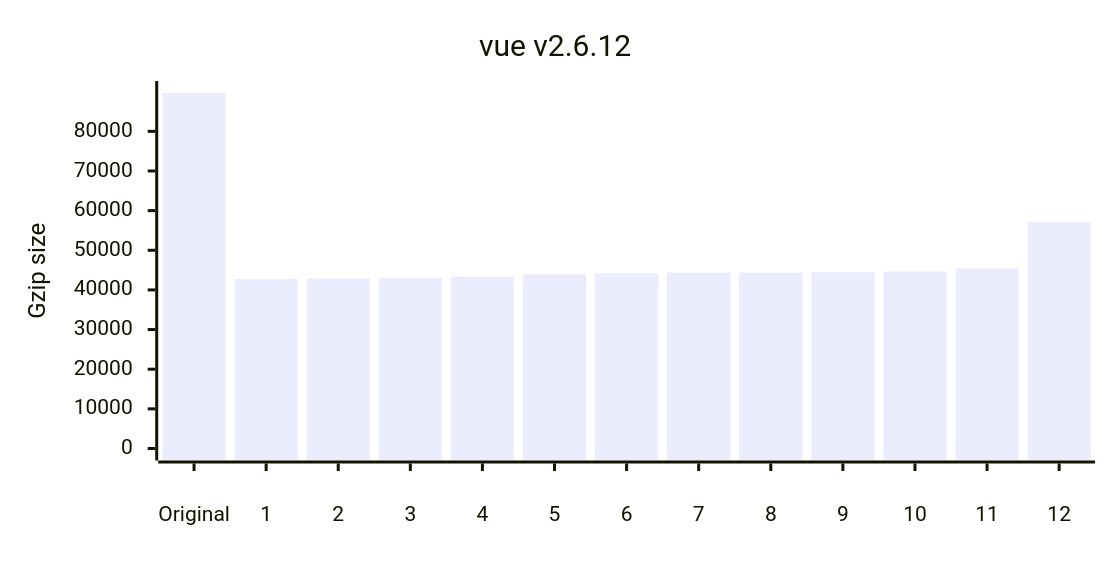
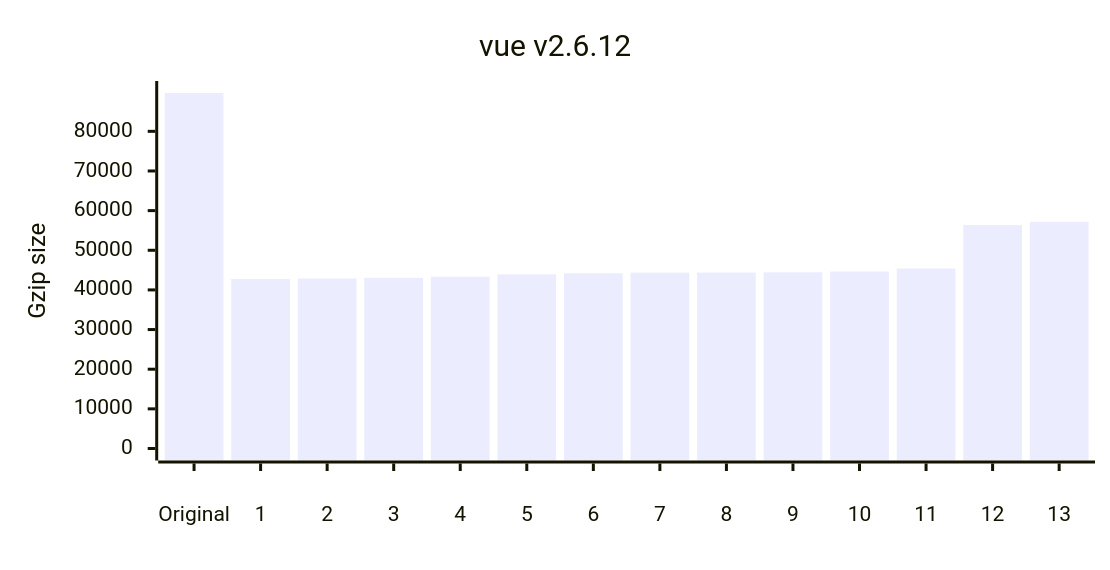
The fourth of 12 diagrams in README.md (privatenumber/minification-benchmarks), drawn with Mermaid before and after one commit. The commit also changed other lines of this file and 1 other file, not shown here.

````diff
--- a/README.md
+++ b/README.md
@@ -197,17 +201,17 @@
 ```mermaid
 ---
 config:
     xyChart:
         width: 720
         height: 360
         xAxis:
             labelPadding: 20
         yAxis:
             labelPadding: 10
 ---
 xychart-beta
 	title "vue v2.6.12"
-	x-axis ["Original",1,2,3,4,5,6,7,8,9,10,11,12]
+	x-axis ["Original",1,2,3,4,5,6,7,8,9,10,11,12,13]
 	y-axis "Gzip size" 0 --> 89668
-	bar [89668,42730,42870,43036,43348,43925,44184,44358,44368,44450,44636,45400,57169]
+	bar [89668,42730,42870,43036,43348,43925,44184,44358,44368,44450,44636,45400,56356,57169]
 ```
````
